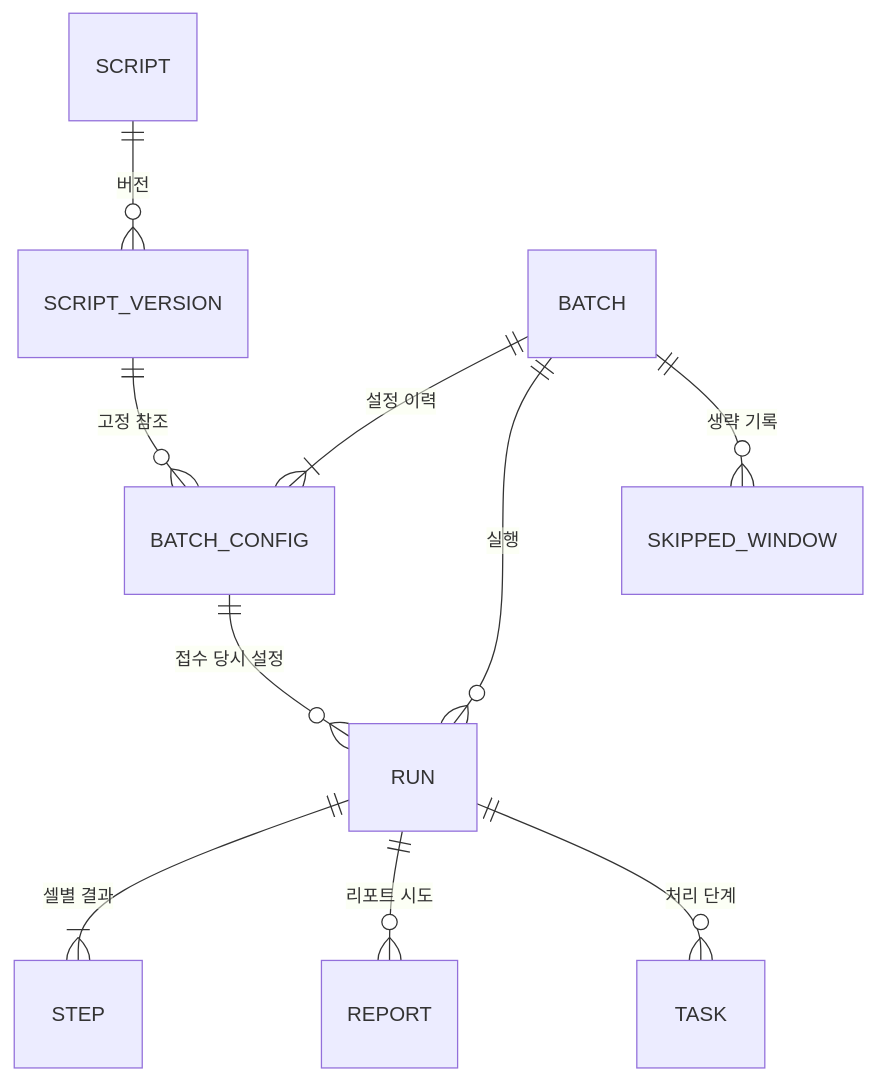
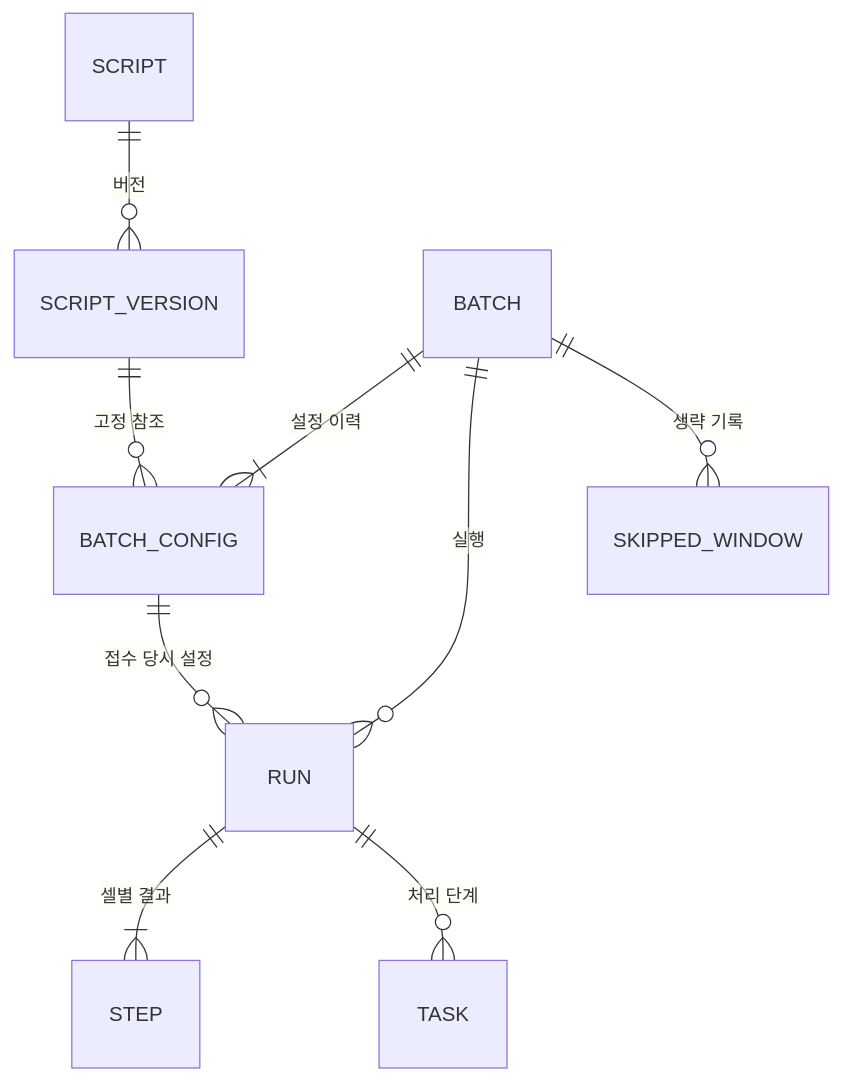
One commit to KimHwaJin/pr-batch changed the diagram in docs/domain-model.md. Above: the diagram before and after it, drawn with Mermaid. The commit also changed other lines of this file and 49 other files, not shown here.

````diff
--- a/docs/domain-model.md
+++ b/docs/domain-model.md
@@ -25,12 +24,11 @@
 ```mermaid
 erDiagram
     SCRIPT ||--o{ SCRIPT_VERSION : "버전"
     SCRIPT_VERSION ||--o{ BATCH_CONFIG : "고정 참조"
     BATCH ||--|{ BATCH_CONFIG : "설정 이력"
     BATCH ||--o{ RUN : "실행"
     BATCH ||--o{ SKIPPED_WINDOW : "생략 기록"
     BATCH_CONFIG ||--o{ RUN : "접수 당시 설정"
     RUN ||--|{ STEP : "셀별 결과"
-    RUN ||--o{ REPORT : "리포트 시도"
     RUN ||--o{ TASK : "처리 단계"
 ```
````
